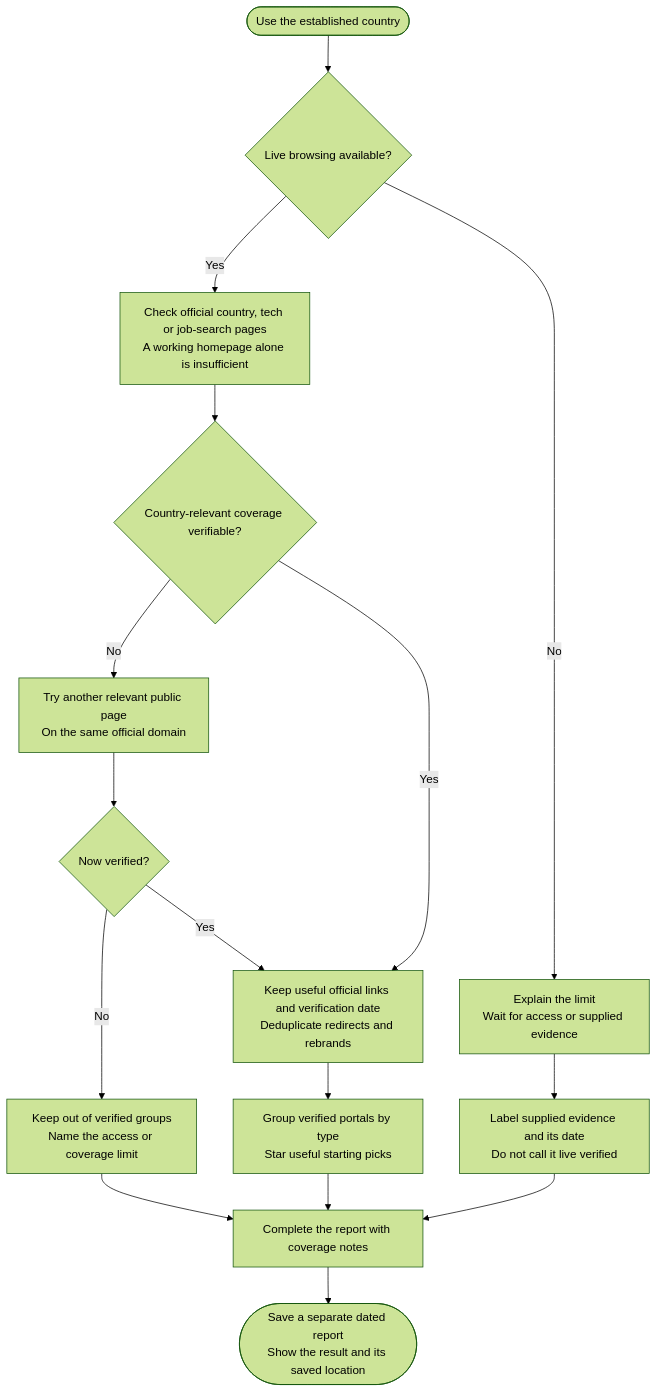
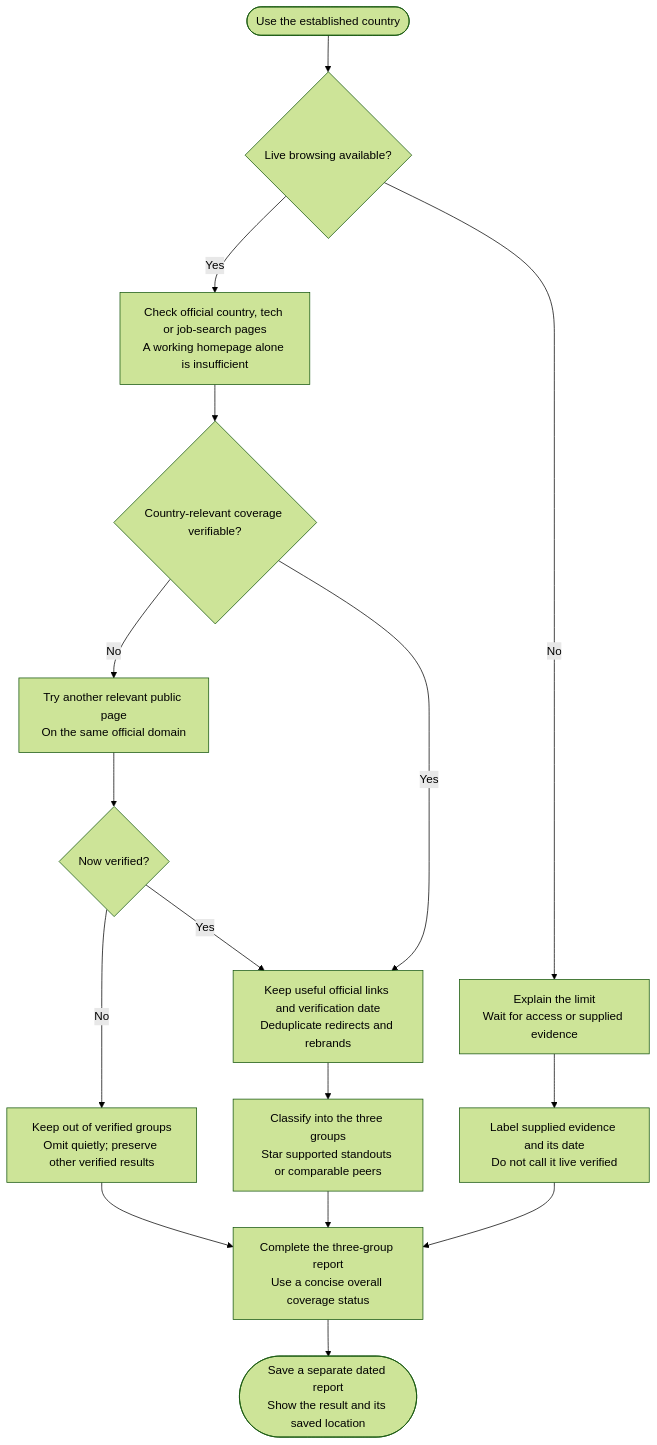
One commit to myowinthein/agent-compass changed the diagram in docs/commands/portal-finder/step1-portal-research/detailed.md. Above: the diagram before and after it, drawn with Mermaid (forest theme). The commit also changed other lines of this file and 9 other files, not shown here.

````diff
--- a/docs/commands/portal-finder/step1-portal-research/detailed.md
+++ b/docs/commands/portal-finder/step1-portal-research/detailed.md
@@ -24,18 +24,18 @@
 ```mermaid
 flowchart TD
   Start(["Use the established country"]) --> Browse{"Live browsing available?"}
   Browse -->|No| Wait["Explain the limit<br/>Wait for access or supplied evidence"]
   Wait --> Supplied["Label supplied evidence and its date<br/>Do not call it live verified"]
   Browse -->|Yes| Check["Check official country, tech or job-search pages<br/>A working homepage alone is insufficient"]
   Check --> Access{"Country-relevant coverage verifiable?"}
   Access -->|No| Retry["Try another relevant public page<br/>On the same official domain"]
   Retry --> Verified{"Now verified?"}
-  Verified -->|No| Note["Keep out of verified groups<br/>Name the access or coverage limit"]
+  Verified -->|No| Note["Keep out of verified groups<br/>Omit quietly; preserve other verified results"]
   Verified -->|Yes| Keep
   Access -->|Yes| Keep["Keep useful official links and verification date<br/>Deduplicate redirects and rebrands"]
-  Keep --> Group["Group verified portals by type<br/>Star useful starting picks"]
+  Keep --> Group["Classify into the three groups<br/>Star supported standouts or comparable peers"]
   Note --> Result
-  Group --> Result["Complete the report with coverage notes"]
+  Group --> Result["Complete the three-group report<br/>Use a concise overall coverage status"]
   Supplied --> Result
   Result --> Save(["Save a separate dated report<br/>Show the result and its saved location"])
 ```
````
